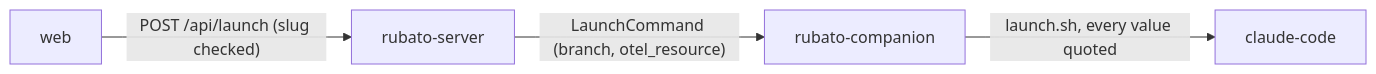
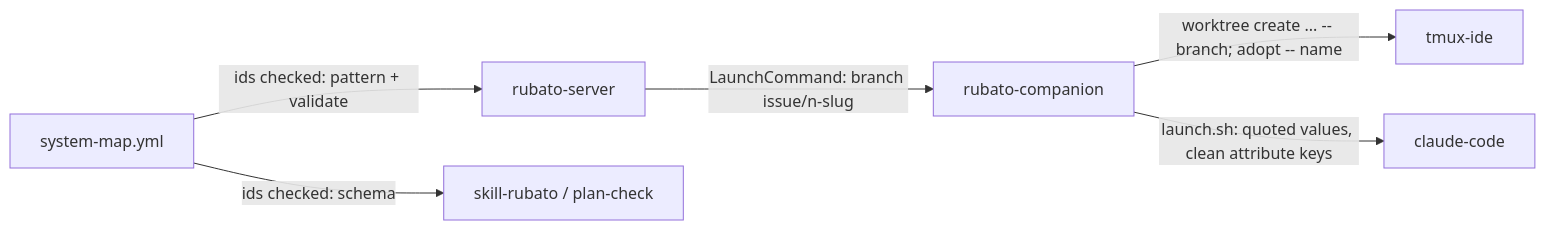
Before and after one commit to m0x6A/rubato: the diagram in docs/plans/155.md, drawn with Mermaid. The commit also changed other lines of this file and 1 other file, not shown here.

First line of the commit message:
Plan #155 part 2: issue branches only, -- to tmux-ide, a rule for map ids

````diff
--- a/docs/plans/155.md
+++ b/docs/plans/155.md
@@ -55,6 +79,8 @@
 ```mermaid
 flowchart LR
-  web -- "POST /api/launch (slug checked)" --> srv[rubato-server]
-  srv -- "LaunchCommand (branch, otel_resource)" --> comp[rubato-companion]
-  comp -- "launch.sh, every value quoted" --> cc[claude-code]
+  map[system-map.yml] -- "ids checked: pattern + validate" --> srv[rubato-server]
+  map -- "ids checked: schema" --> skill[skill-rubato / plan-check]
+  srv -- "LaunchCommand: branch issue/n-slug" --> comp[rubato-companion]
+  comp -- "worktree create ... -- branch; adopt -- name" --> ide[tmux-ide]
+  comp -- "launch.sh: quoted values, clean attribute keys" --> cc[claude-code]
 ```
````
